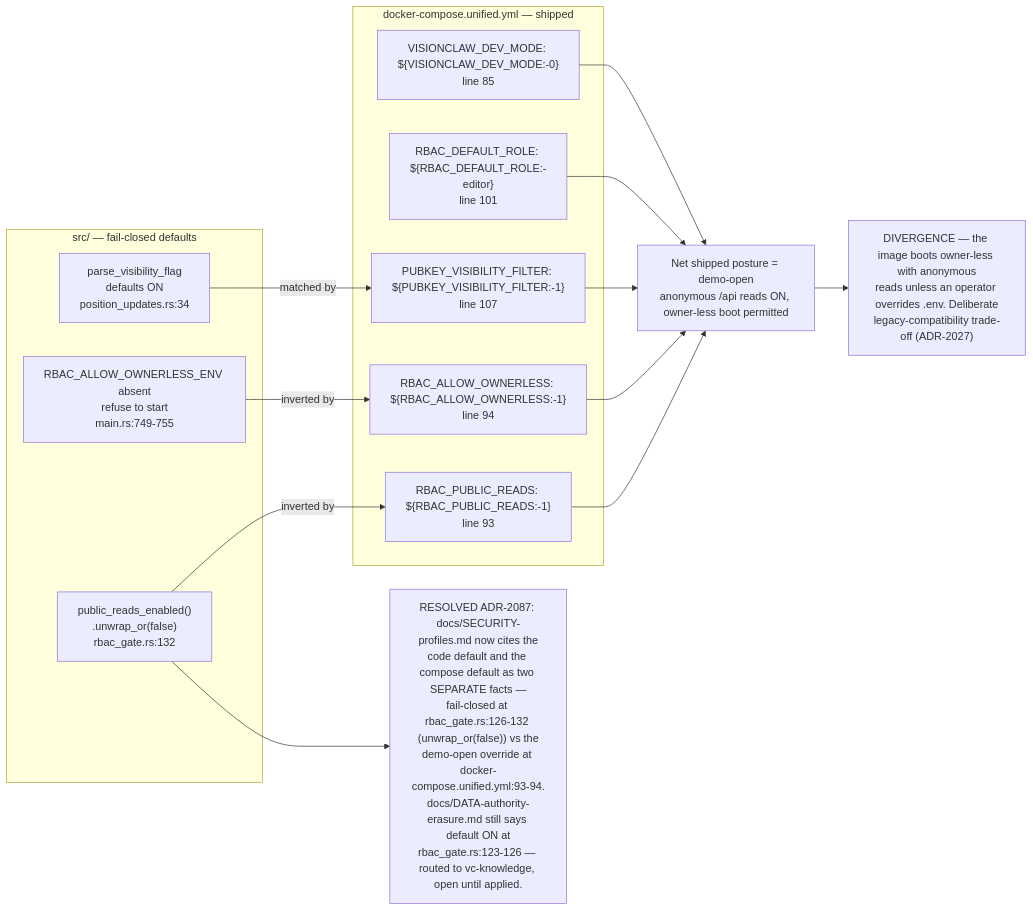
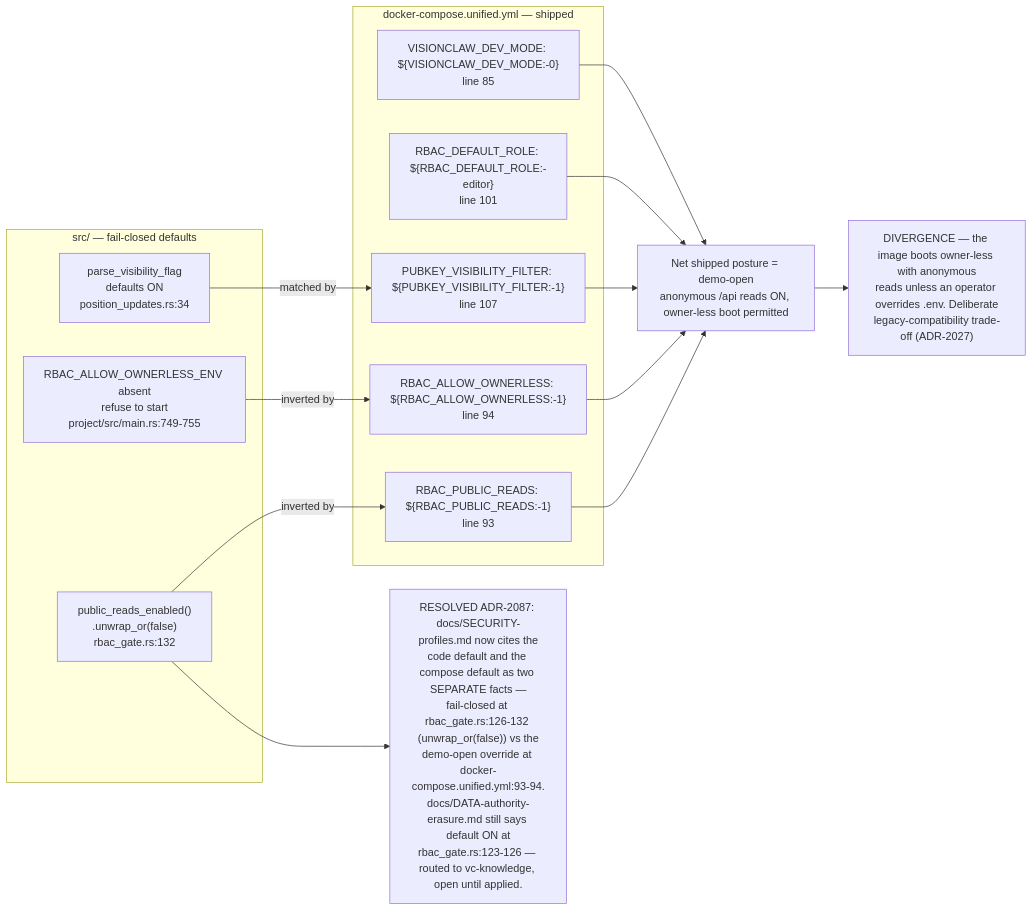
The third of 10 diagrams in docs/diagrams/estate/10-deployment-and-security-profiles.md (DreamLab-AI/VisionFlow), drawn with Mermaid before and after one commit. The commit also changed other lines of this file and 185 other files, not shown here.

Commit message:
docs(estate): reconcile diagrams and ADRs with source and define closeout sprint

````diff
--- a/docs/diagrams/estate/10-deployment-and-security-profiles.md
+++ b/docs/diagrams/estate/10-deployment-and-security-profiles.md
@@ -122,29 +127,29 @@
 ```mermaid
 flowchart LR
     subgraph codeside["src/ — fail-closed defaults"]
         A1["public_reads_enabled()<br/>.unwrap_or(false)<br/>rbac_gate.rs:132"]
-        A2["RBAC_ALLOW_OWNERLESS_ENV absent<br/>refuse to start<br/>main.rs:749-755"]
+        A2["RBAC_ALLOW_OWNERLESS_ENV absent<br/>refuse to start<br/>project/src/main.rs:749-755"]
         A3["parse_visibility_flag<br/>defaults ON<br/>position_updates.rs:34"]
     end
     subgraph composeside["docker-compose.unified.yml — shipped"]
         B1["RBAC_PUBLIC_READS: ${RBAC_PUBLIC_READS:-1}<br/>line 93"]
         B2["RBAC_ALLOW_OWNERLESS: ${RBAC_ALLOW_OWNERLESS:-1}<br/>line 94"]
         B3["PUBKEY_VISIBILITY_FILTER: ${PUBKEY_VISIBILITY_FILTER:-1}<br/>line 107"]
         B4["RBAC_DEFAULT_ROLE: ${RBAC_DEFAULT_ROLE:-editor}<br/>line 101"]
         B5["VISIONCLAW_DEV_MODE: ${VISIONCLAW_DEV_MODE:-0}<br/>line 85"]
     end
     NET["Net shipped posture = demo-open<br/>anonymous /api reads ON, owner-less boot permitted"]
     DRIFT1["DIVERGENCE — the image boots owner-less with anonymous<br/>reads unless an operator overrides .env. Deliberate<br/>legacy-compatibility trade-off (ADR-2027)"]
     DRIFT2["RESOLVED ADR-2087: docs/SECURITY-profiles.md now cites the<br/>code default and the compose default as two SEPARATE facts —<br/>fail-closed at rbac_gate.rs:126-132 (unwrap_or(false)) vs the<br/>demo-open override at docker-compose.unified.yml:93-94.<br/>docs/DATA-authority-erasure.md still says default ON at<br/>rbac_gate.rs:123-126 — routed to vc-knowledge, open until applied."]
 
     A1 -- "inverted by" --> B1
     A2 -- "inverted by" --> B2
     A3 -- "matched by" --> B3
     B1 --> NET
     B2 --> NET
     B3 --> NET
     B4 --> NET
     B5 --> NET
     NET --> DRIFT1
     A1 --> DRIFT2
 ```
````
